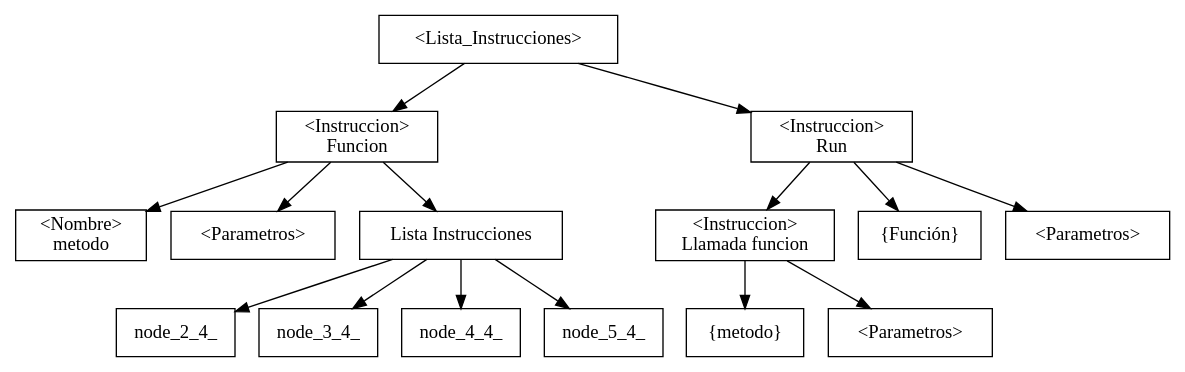
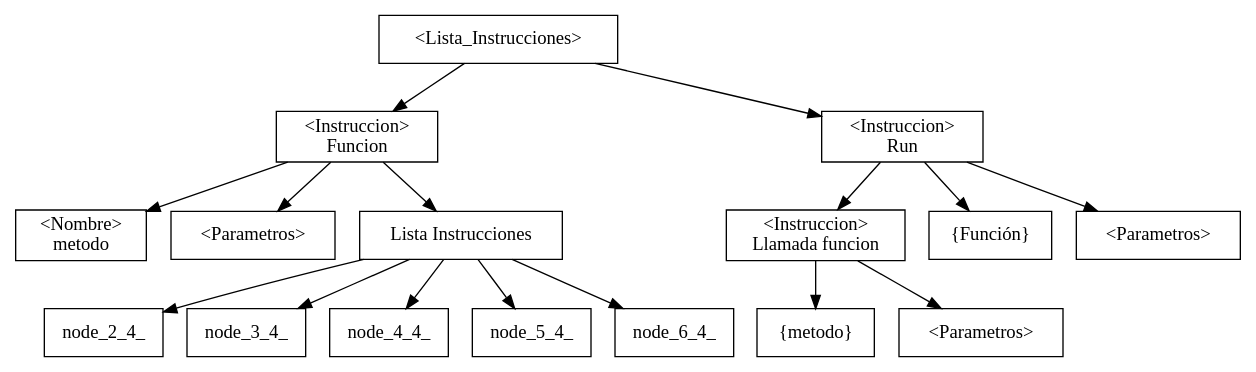
Before and after one commit to LuisaMariaO/OLC1-proyecto2-202003381: the diagram in Backend/Ts/ast.dot, drawn with Graphviz. The commit also changed 6 other files, not shown here.

```diff
--- a/Backend/Ts/ast.dot
+++ b/Backend/Ts/ast.dot
@@ -1,27 +1,27 @@
 digraph G {
 node[shape=box];nodeOriginal[label="<\Lista_Instrucciones\>"];nodeOriginal->node_1_0_;
         node_1_0_ [label="\<Instruccion\>\nFuncion"];
         node_1_0_1[label="\<Nombre\>\nmetodo"];
         node_1_0_2[label="\<Parametros\>"];
         node_1_0_->node_1_0_1;
         node_1_0_->node_1_0_2;
         node_1_0_->node_1_8_;
         
         node_1_8_[label="Lista Instrucciones"];        
-        node_1_8_->node_2_4_;node_1_8_->node_3_4_;node_1_8_->node_4_4_;node_1_8_->node_5_4_;nodeOriginal->node_7_0_;
-        node_7_4_ [label="\<Instruccion\>\nLlamada funcion"];
-        node_7_4_1 [label="{metodo}"];
-        node_7_4_2 [label="<\Parametros\>"];
-        node_7_4_->node_7_4_2;
-        node_7_4_->node_7_4_1;
+        node_1_8_->node_2_4_;node_1_8_->node_3_4_;node_1_8_->node_4_4_;node_1_8_->node_5_4_;node_1_8_->node_6_4_;nodeOriginal->node_8_0_;
+        node_8_4_ [label="\<Instruccion\>\nLlamada funcion"];
+        node_8_4_1 [label="{metodo}"];
+        node_8_4_2 [label="<\Parametros\>"];
+        node_8_4_->node_8_4_2;
+        node_8_4_->node_8_4_1;
         
-        node_7_0_ [label="\<Instruccion\>\nRun"];
-        node_7_0_1 [label="{Función}"];
-        node_7_0_2 [label="<\Parametros\>"];
-        node_7_0_->node_7_0_2;
-        node_7_0_->node_7_0_1;
-        node_7_0_->
-        node_7_4_ ;
+        node_8_0_ [label="\<Instruccion\>\nRun"];
+        node_8_0_1 [label="{Función}"];
+        node_8_0_2 [label="<\Parametros\>"];
+        node_8_0_->node_8_0_2;
+        node_8_0_->node_8_0_1;
+        node_8_0_->
+        node_8_4_ ;
         
         
 }
```
